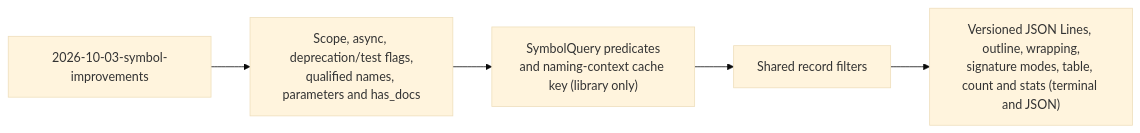
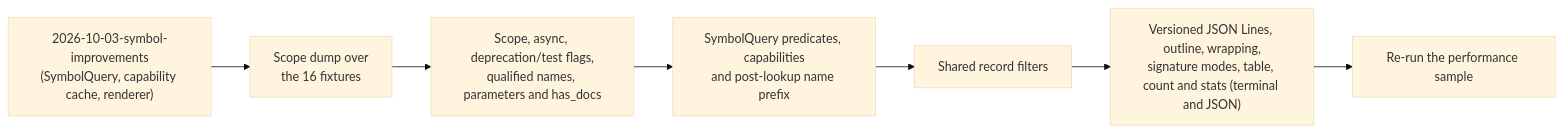
One commit to yankeeinlondon/rusty-biscuit changed the diagram in tree-hugger/features/2026-10-03-symbol-filters-and-reports/spec.md. Above: the diagram before and after it, drawn with Mermaid (base theme). The commit also changed other lines of this file and 3 other files, not shown here.

First line of the commit message:
planning(tree-hugger): record Phase 2 close for 2026-10-03-symbol-improvements

````diff
--- a/tree-hugger/features/2026-10-03-symbol-filters-and-reports/spec.md
+++ b/tree-hugger/features/2026-10-03-symbol-filters-and-reports/spec.md
@@ -621,7 +783,9 @@
 ```mermaid
 flowchart LR
-    F1["2026-10-03-symbol-improvements"] --> META["Scope, async, deprecation/test flags,<br/>qualified names, parameters and has_docs"]
-    META --> Q["SymbolQuery predicates<br/>and naming-context cache key (library only)"]
+    F1["2026-10-03-symbol-improvements<br/>(SymbolQuery, capability cache, renderer)"] --> DUMP["Scope dump over<br/>the 16 fixtures"]
+    DUMP --> META["Scope, async, deprecation/test flags,<br/>qualified names, parameters and has_docs"]
+    META --> Q["SymbolQuery predicates, capabilities<br/>and post-lookup name prefix"]
     Q --> FILT["Shared record filters"]
     FILT --> REP["Versioned JSON Lines, outline, wrapping,<br/>signature modes, table, count and stats (terminal and JSON)"]
+    REP --> PERF["Re-run the performance sample"]
 ```
````
